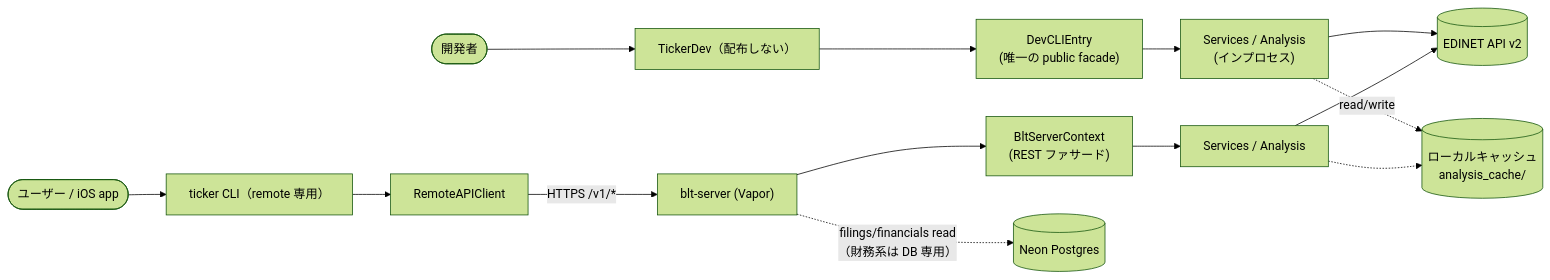
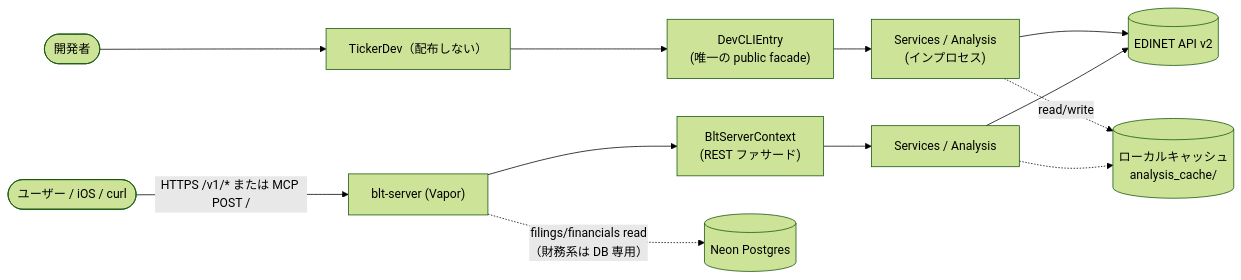
Before and after one commit to sollahiro/blue-ticker: the second of 4 diagrams in docs/architecture.md, drawn with Mermaid (forest theme). The commit also changed other lines of this file and 1 other file, not shown here.

First line of the commit message:
docs: remove stale ticker references from architecture docs

````diff
--- a/docs/architecture.md
+++ b/docs/architecture.md
@@ -81,16 +77,14 @@
 ```mermaid
 flowchart LR
-    user(["ユーザー / iOS app"]) --> cli["ticker CLI（remote 専用）"]
+    user(["ユーザー / iOS / curl"]) -->|"HTTPS /v1/* または MCP POST /"| server["blt-server (Vapor)"]
     dev(["開発者"]) --> devcli["TickerDev（配布しない）"]
     devcli --> facade0["DevCLIEntry<br/>(唯一の public facade)"]
     facade0 --> svc["Services / Analysis<br/>(インプロセス)"]
-    cli --> rc["RemoteAPIClient"]
-    rc -->|"HTTPS /v1/*"| server["blt-server (Vapor)"]
     server --> facade["BltServerContext<br/>(REST ファサード)"]
     facade --> svc2["Services / Analysis"]
     svc --> edinet[("EDINET API v2")]
     svc2 --> edinet
     svc -.->|read/write| cache[("ローカルキャッシュ<br/>analysis_cache/")]
     svc2 -.-> cache
     server -.->|"filings/financials read<br/>（財務系は DB 専用）"| pg[("Neon Postgres")]
 ```
````
